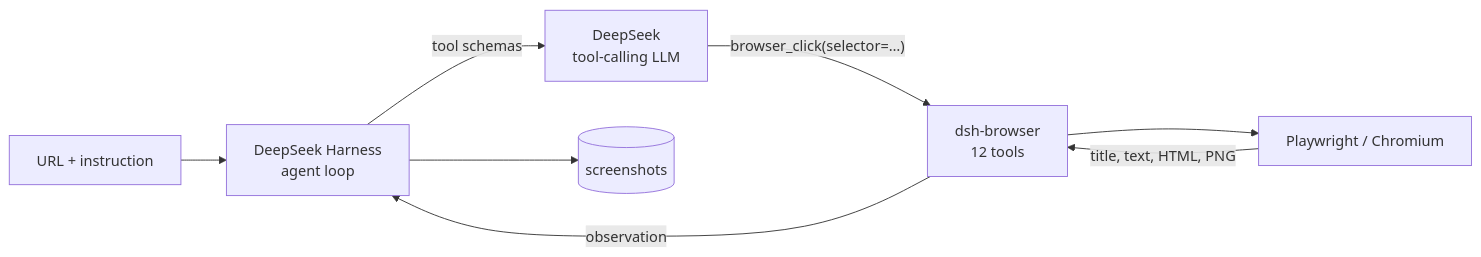
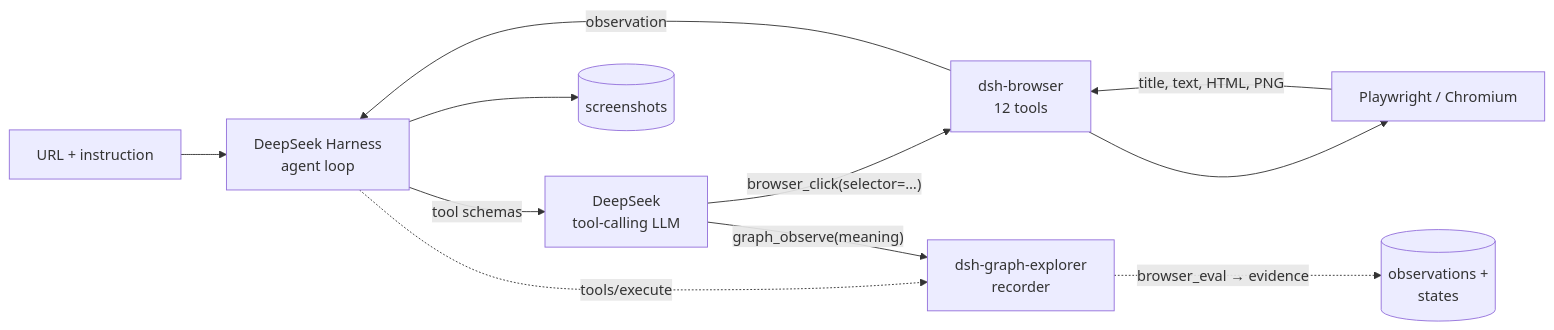
The diagram in README.md (jingyuy/WebTestAgent), drawn with Mermaid before and after one commit. The commit also changed other lines of this file and 8 other files, not shown here.

````diff
--- a/README.md
+++ b/README.md
@@ -12,10 +12,13 @@
 ```mermaid
 flowchart LR
     U[URL + instruction] --> R["DeepSeek Harness<br/>agent loop"]
     R -->|"tool schemas"| L[DeepSeek<br/>tool-calling LLM]
     L -->|"browser_click(selector=…)"| T["dsh-browser<br/>12 tools"]
     T --> P[Playwright / Chromium]
     P -->|"title, text, HTML, PNG"| T
     T -->|observation| R
     R --> A[(screenshots)]
+    R -.->|"tools/execute"| G["dsh-graph-explorer<br/>recorder"]
+    G -.->|"browser_eval → evidence"| D[(observations +<br/>states)]
+    L -->|"graph_observe(meaning)"| G
 ```
````
